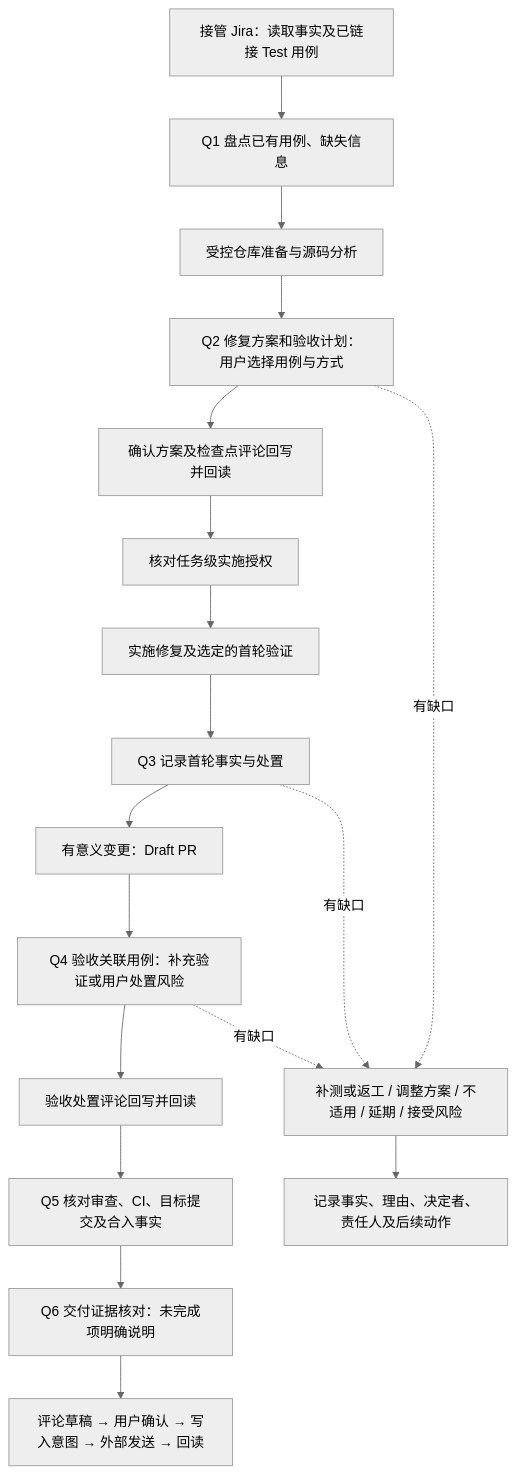
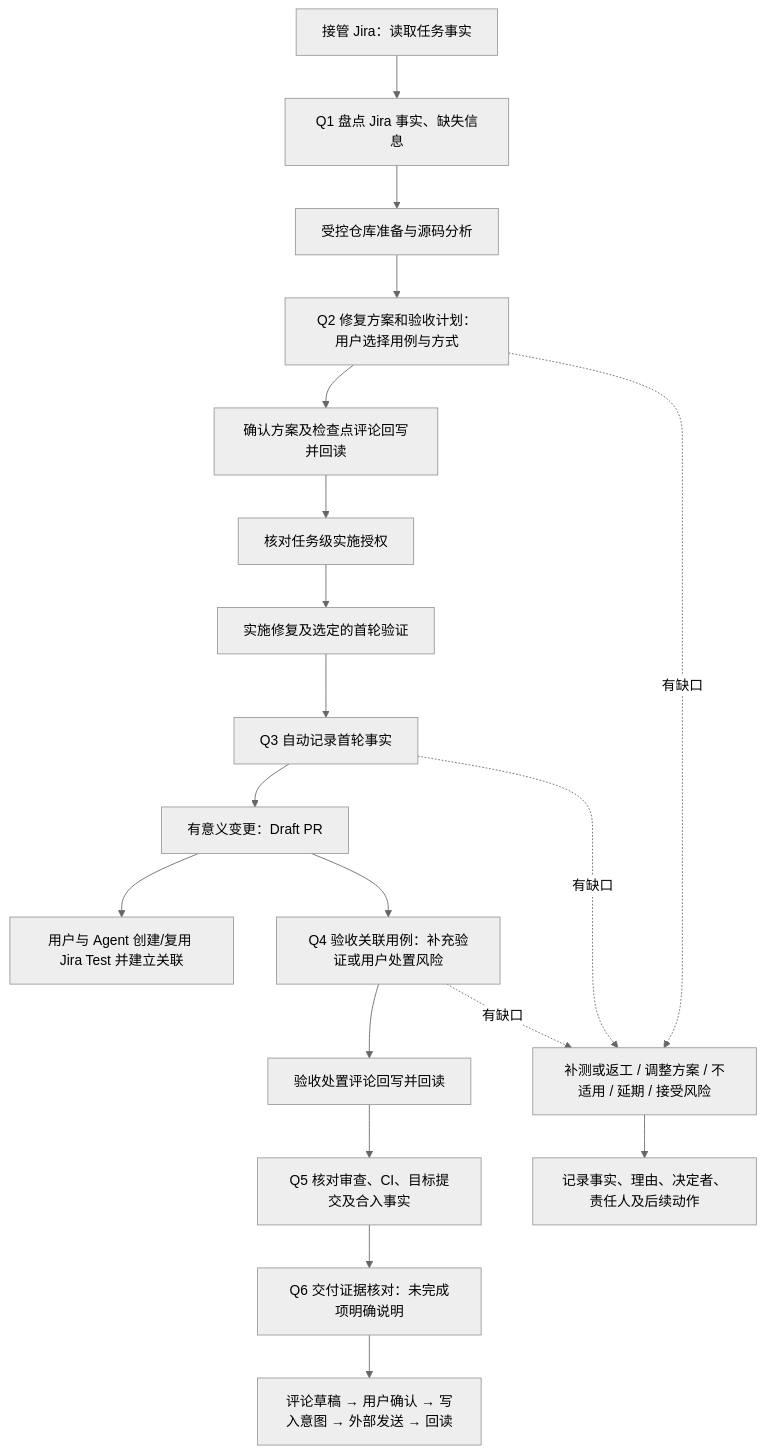
Before and after one commit to tapstate/agentic-ops: the diagram in docs/usage/quality-checkpoints.md, drawn with Mermaid (neutral theme). The commit also changed other lines of this file and 14 other files, not shown here.

````diff
--- a/docs/usage/quality-checkpoints.md
+++ b/docs/usage/quality-checkpoints.md
@@ -9,20 +9,21 @@
 ```mermaid
 flowchart TD
-    A[接管 Jira：读取事实及已链接 Test 用例] --> Q1[Q1 盘点已有用例、缺失信息]
+    A[接管 Jira：读取任务事实] --> Q1[Q1 盘点 Jira 事实、缺失信息]
     Q1 --> B[受控仓库准备与源码分析]
     B --> Q2[Q2 修复方案和验收计划：用户选择用例与方式]
     Q2 --> J2[确认方案及检查点评论回写并回读]
     J2 --> AUTH[核对任务级实施授权]
     AUTH --> DEV[实施修复及选定的首轮验证]
-    DEV --> Q3[Q3 记录首轮事实与处置]
+    DEV --> Q3[Q3 自动记录首轮事实]
     Q3 --> PR[有意义变更：Draft PR]
+    PR --> CASES[用户与 Agent 创建/复用 Jira Test 并建立关联]
     PR --> Q4[Q4 验收关联用例：补充验证或用户处置风险]
     Q4 --> J4[验收处置评论回写并回读]
     J4 --> Q5[Q5 核对审查、CI、目标提交及合入事实]
     Q5 --> Q6[Q6 交付证据核对：未完成项明确说明]
     Q6 --> J[评论草稿 → 用户确认 → 写入意图 → 外部发送 → 回读]
     Q2 -.有缺口.-> D[补测或返工 / 调整方案 / 不适用 / 延期 / 接受风险]
     Q3 -.有缺口.-> D
     Q4 -.有缺口.-> D
     D --> R[记录事实、理由、决定者、责任人及后续动作]
 ```
````
